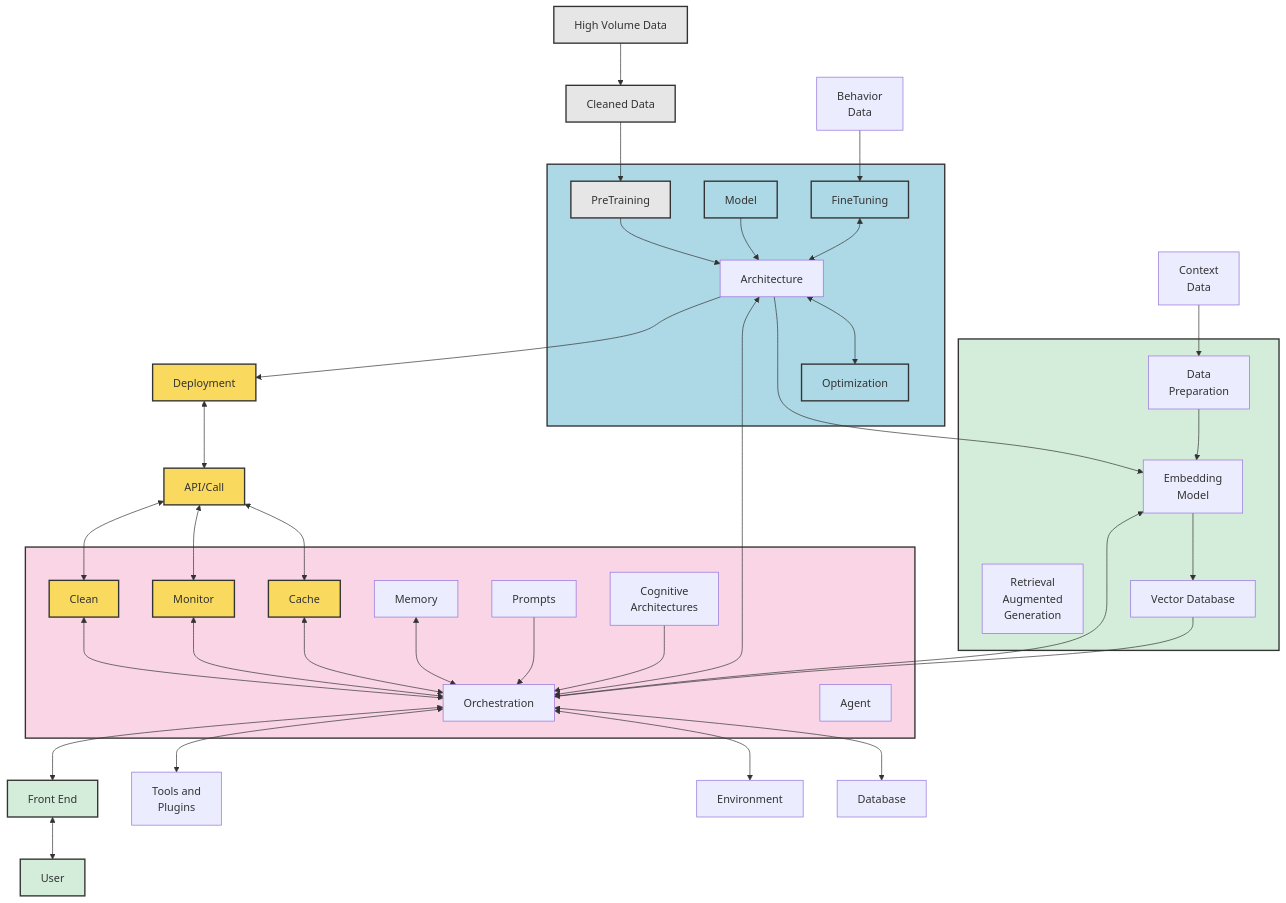
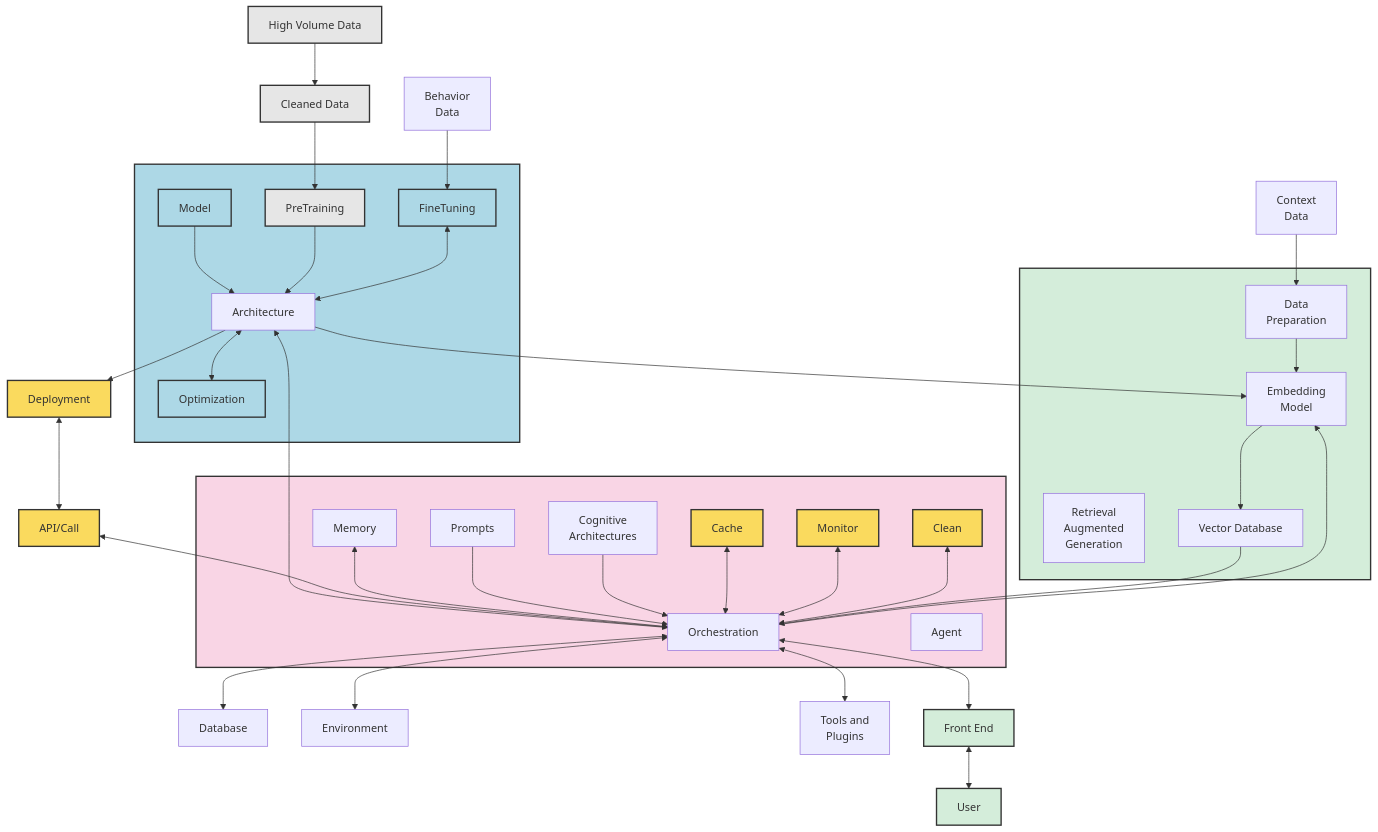
One commit to ianderrington/genai changed the first of 2 diagrams in docs/Understanding/index.md. Above: the diagram before and after it, drawn with Mermaid. The commit also changed 5 other files, not shown here.

```diff
--- a/docs/Understanding/index.md
+++ b/docs/Understanding/index.md
@@ -36,10 +36,7 @@
         Architecture --> Hosting
         
         Hosting[Deployment] <--> APIorCall[API/Call]
-        
-        APIorCall <--> Cache
-        APIorCall <--> Monitor
-        APIorCall <--> Clean
+        APIorCall <--> Orchestration
 
         
         subgraph OrchestrationSubgraph[ ]
@@ -113,7 +110,7 @@
         click Clean "./cleaning/index.html"
         click Memory "./agents/memory.html"
         click Prompts "./prompting/index.html"
-        click CognitiveArchitectures "./agents/cognitive_architectures.html"
+        click CognitiveArchitectures "./agents/cognitive_architecture.html"
         click Tools "./agents/actions_and_tools.html"
         click Environment "./agents/environments.html"
         click Database "./agents/memory.html"
```
